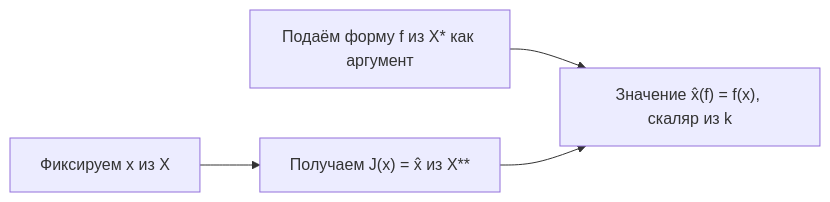
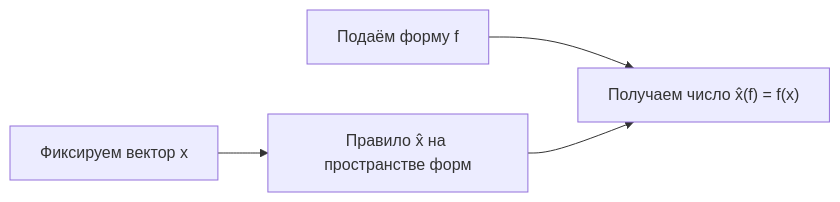
Before and after one commit to MrBoomer1981/MY_LIFE: the second of 2 diagrams in 10 Учёба/Линейная алгебра/Линейные формы и сопряжённое пространство.md, drawn with Mermaid. The commit also changed other lines of this file and 3 other files, not shown here.

````diff
--- a/10 Учёба/Линейная алгебра/Линейные формы и сопряжённое пространство.md
+++ b/10 Учёба/Линейная алгебра/Линейные формы и сопряжённое пространство.md
@@ -216,6 +263,6 @@
 ```mermaid
 flowchart LR
-  X["Фиксируем x из X"] --> J["Получаем J(x) = x̂ из X**"]
-  F["Подаём форму f из X* как аргумент"] --> V["Значение x̂(f) = f(x), скаляр из k"]
-  J --> V
+ X["Фиксируем вектор x"] --> J["Правило x̂ на пространстве форм"]
+ F["Подаём форму f"] --> V["Получаем число x̂(f) = f(x)"]
+ J --> V
 ```
````
